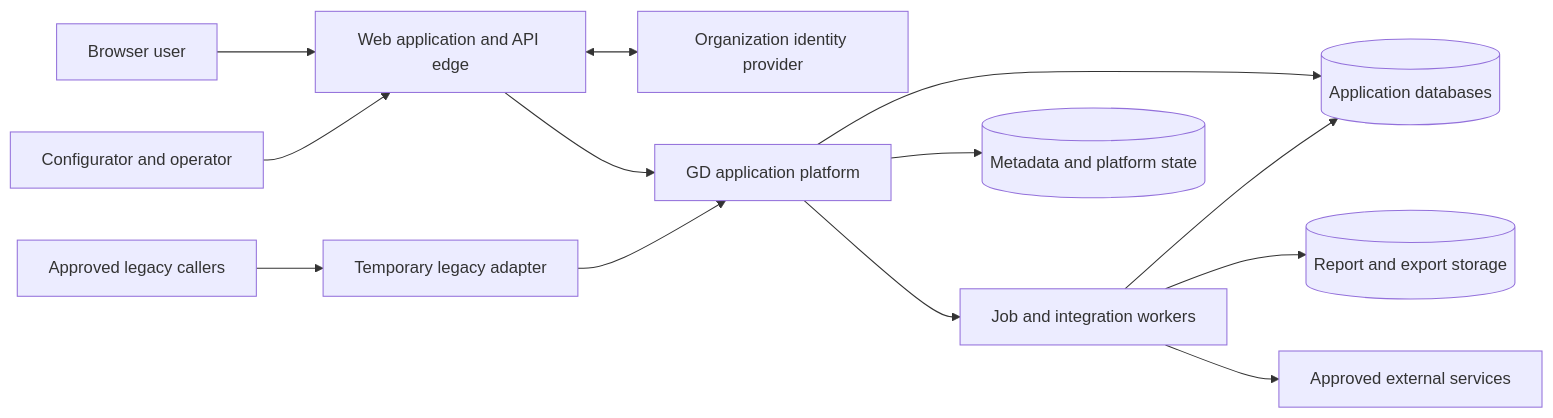
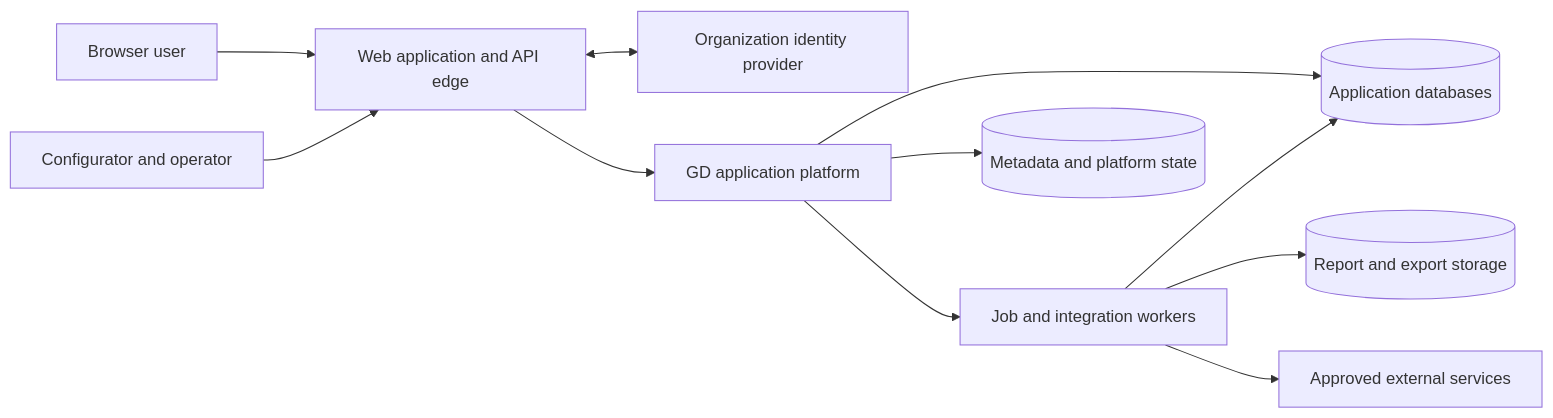
The first of 6 diagrams in docs/MODERN_WEB_SYSTEM_DESIGN.md (mraysmit/annper), drawn with Mermaid before and after one commit. The commit also changed other lines of this file and 7 other files, not shown here.

````diff
--- a/docs/MODERN_WEB_SYSTEM_DESIGN.md
+++ b/docs/MODERN_WEB_SYSTEM_DESIGN.md
@@ -147,27 +150,24 @@
 ```mermaid
 flowchart LR
     User[Browser user]
     Admin[Configurator and operator]
-    Legacy[Approved legacy callers]
     IdP[Organization identity provider]
     Edge[Web application and API edge]
     Platform[GD application platform]
     Worker[Job and integration workers]
     Meta[(Metadata and platform state)]
     AppDB[(Application databases)]
     Objects[(Report and export storage)]
     Ext[Approved external services]
-    Compat[Temporary legacy adapter]
 
     User --> Edge
     Admin --> Edge
     Edge <--> IdP
     Edge --> Platform
     Platform --> Meta
     Platform --> AppDB
     Platform --> Worker
     Worker --> AppDB
     Worker --> Objects
     Worker --> Ext
-    Legacy --> Compat --> Platform
 ```
````
